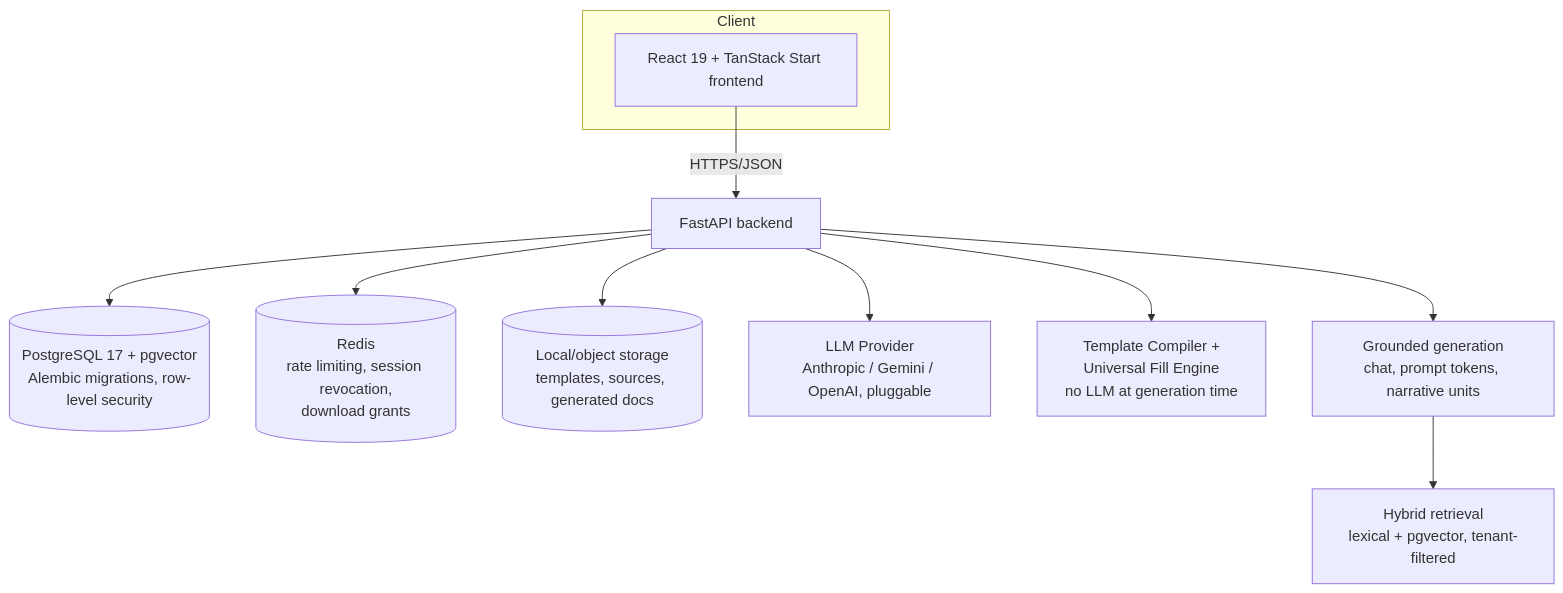
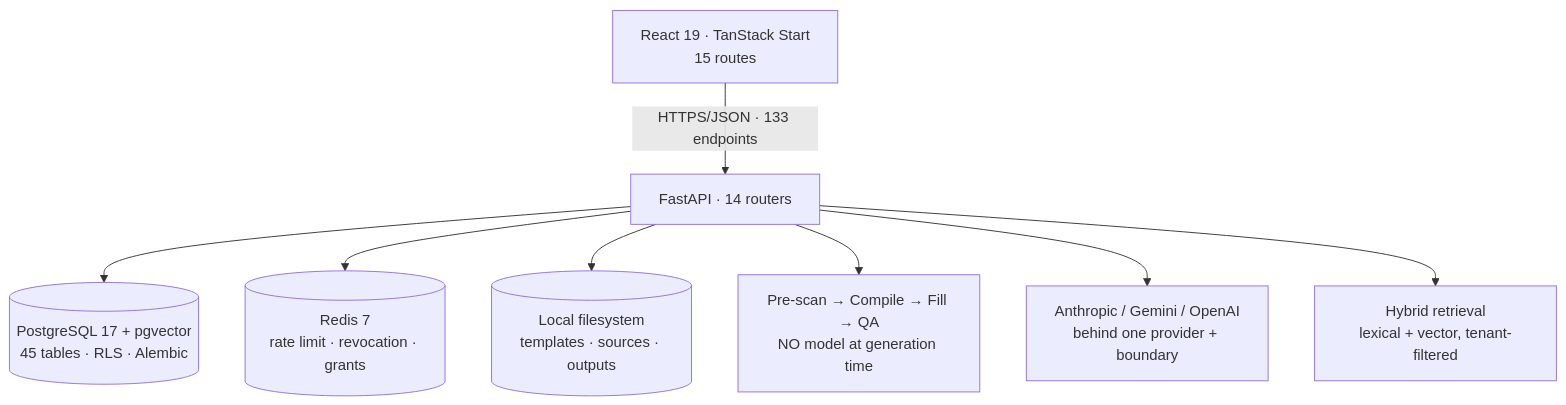
One commit to pythometa1/docucraft-ai changed the second of 3 diagrams in README.md. Above: the diagram before and after it, drawn with Mermaid. The commit also changed other lines of this file and 31 other files, not shown here.

````diff
--- a/README.md
+++ b/README.md
@@ -136,14 +249,10 @@
 ```mermaid
 flowchart TB
-  subgraph Client
-    FE[React 19 + TanStack Start frontend]
-  end
-  FE -->|HTTPS/JSON| API[FastAPI backend]
-  API --> PG[(PostgreSQL 17 + pgvector\nAlembic migrations, row-level security)]
-  API --> REDIS[(Redis\nrate limiting, session revocation,\ndownload grants)]
-  API --> STORE[(Local/object storage\ntemplates, sources, generated docs)]
-  API --> LLM[LLM Provider\nAnthropic / Gemini / OpenAI, pluggable]
-  API --> TPL[Template Compiler +\nUniversal Fill Engine\nno LLM at generation time]
-  API --> RAG[Grounded generation\nchat, prompt tokens, narrative units]
-  RAG --> RET[Hybrid retrieval\nlexical + pgvector, tenant-filtered]
+  FE[React 19 · TanStack Start<br/>15 routes] -->|HTTPS/JSON · 133 endpoints| API[FastAPI · 14 routers]
+  API --> PG[(PostgreSQL 17 + pgvector<br/>45 tables · RLS · Alembic)]
+  API --> REDIS[(Redis 7<br/>rate limit · revocation · grants)]
+  API --> STORE[(Local filesystem<br/>templates · sources · outputs)]
+  API --> TPL[Pre-scan → Compile → Fill → QA<br/>NO model at generation time]
+  API --> LLM[Anthropic / Gemini / OpenAI<br/>behind one provider + boundary]
+  API --> RAG[Hybrid retrieval<br/>lexical + vector, tenant-filtered]
 ```
````
